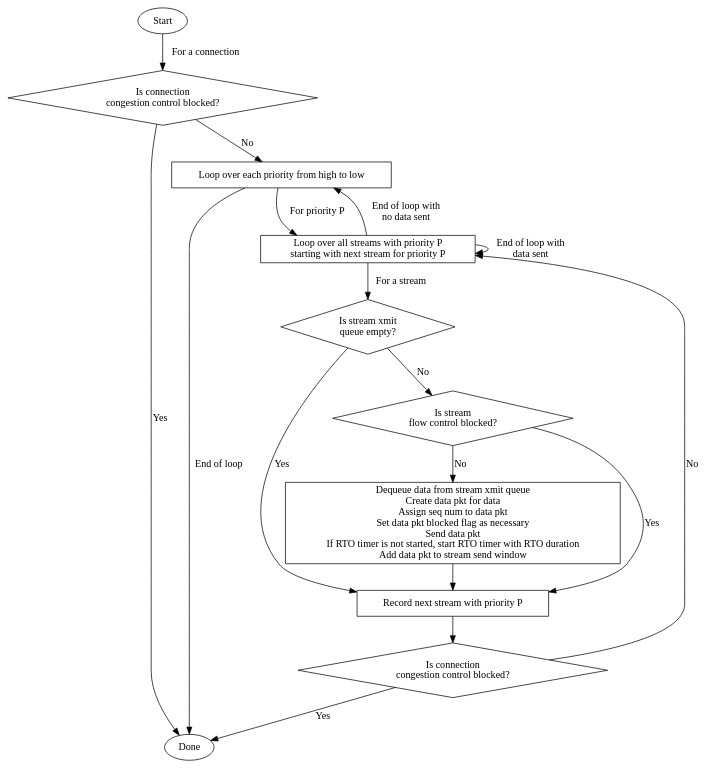
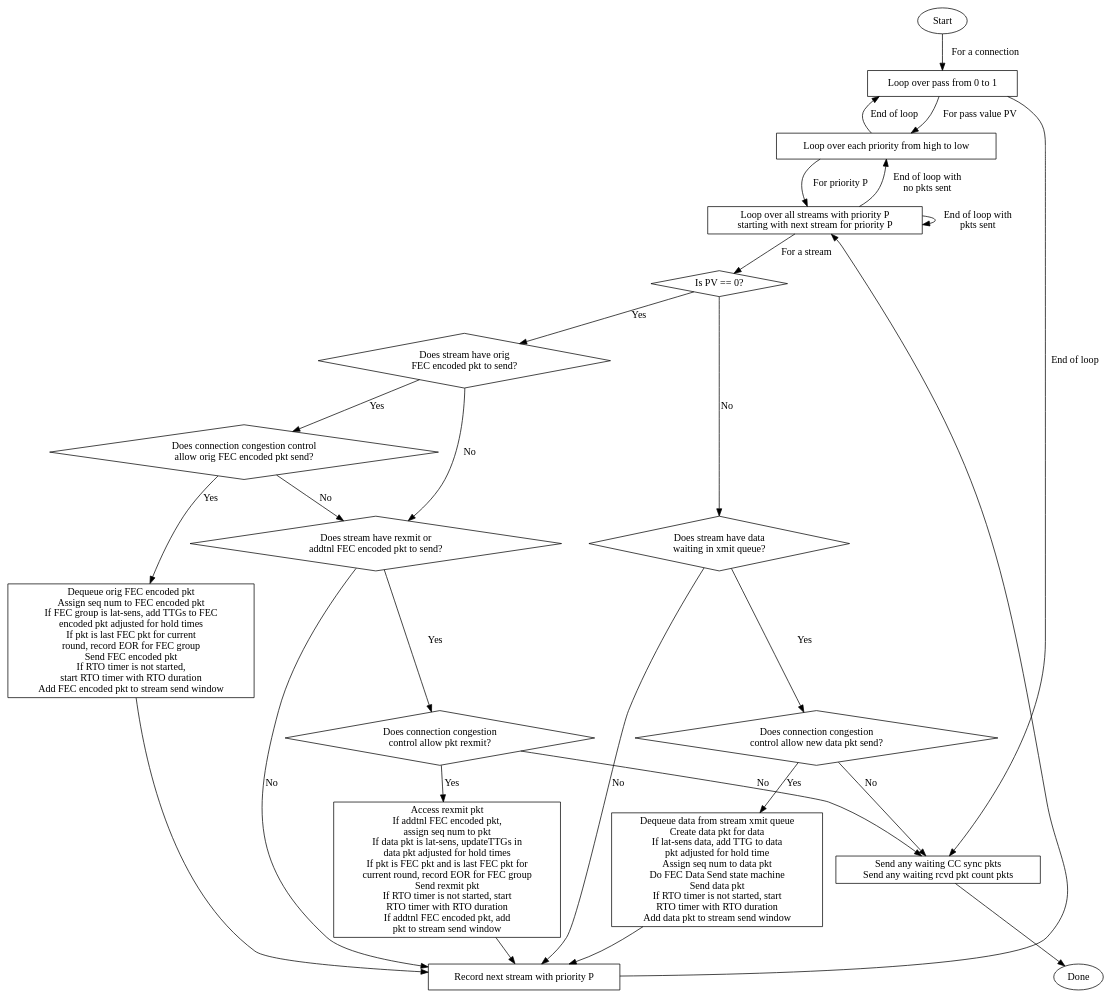
Before and after one commit to raytheonbbn/IRON: the diagram in iron/sliq/doc/sliq_data_can_send.dot, drawn with Graphviz. The commit also changed 199 other files, not shown here.

```diff
--- a/iron/sliq/doc/sliq_data_can_send.dot
+++ b/iron/sliq/doc/sliq_data_can_send.dot
@@ -1,37 +1,59 @@
 digraph sliq_data_can_send {
     strt [ shape = ellipse, label = "Start" ];
     done [ shape = ellipse, label = "Done" ];
-    blk1 [ shape = box,     label = "Loop over each priority from high to low" ];
-    blk2 [ shape = box,     label = "Loop over all streams with priority P\nstarting with next stream for priority P" ];
-    blk3 [ shape = box,     label = "Dequeue data from stream xmit queue\nCreate data pkt for data\nAssign seq num to data pkt\nSet data pkt blocked flag as necessary\nSend data pkt\nIf RTO timer is not started, start RTO timer with RTO duration\nAdd data pkt to stream send window" ];
-    blk4 [ shape = box,     label = "Record next stream with priority P" ];
-    dsc1 [ shape = diamond, label = "Is connection\ncongestion control blocked?" ];
-    dsc2 [ shape = diamond, label = "Is stream xmit\nqueue empty?" ];
-    dsc3 [ shape = diamond, label = "Is stream\nflow control blocked?" ];
-    dsc4 [ shape = diamond, label = "Is connection\ncongestion control blocked?" ];
+    blk1 [ shape = box,     label = "Loop over pass from 0 to 1" ];
+    blk2 [ shape = box,     label = "Loop over each priority from high to low" ];
+    blk3 [ shape = box,     label = "Loop over all streams with priority P\nstarting with next stream for priority P" ];
+    blk4 [ shape = box,     label = "Dequeue orig FEC encoded pkt\nAssign seq num to FEC encoded pkt\nIf FEC group is lat-sens, add TTGs to FEC\nencoded pkt adjusted for hold times\nIf pkt is last FEC pkt for current\nround, record EOR for FEC group\nSend FEC encoded pkt\nIf RTO timer is not started,\nstart RTO timer with RTO duration\nAdd FEC encoded pkt to stream send window" ];
+    blk5 [ shape = box,     label = "Access rexmit pkt\nIf addtnl FEC encoded pkt,\nassign seq num to pkt\nIf data pkt is lat-sens, updateTTGs in\ndata pkt adjusted for hold times\nIf pkt is FEC pkt and is last FEC pkt for\ncurrent round, record EOR for FEC group\nSend rexmit pkt\nIf RTO timer is not started, start\nRTO timer with RTO duration\nIf addtnl FEC encoded pkt, add\npkt to stream send window" ];
+    blk6 [ shape = box,     label = "Dequeue data from stream xmit queue\nCreate data pkt for data\nIf lat-sens data, add TTG to data\npkt adjusted for hold time\nAssign seq num to data pkt\nDo FEC Data Send state machine\nSend data pkt\nIf RTO timer is not started, start\nRTO timer with RTO duration\nAdd data pkt to stream send window" ];
+    blk7 [ shape = box,     label = "Record next stream with priority P" ];
+    blk8 [ shape = box,     label = "Send any waiting CC sync pkts\nSend any waiting rcvd pkt count pkts" ];
+    dsc1 [ shape = diamond, label = "Is PV == 0?" ];
+    dsc2 [ shape = diamond, label = "Does stream have orig\nFEC encoded pkt to send?" ];
+    dsc3 [ shape = diamond, label = "Does connection congestion control\nallow orig FEC encoded pkt send?" ];
+    dsc4 [ shape = diamond, label = "Does stream have rexmit or\n addtnl FEC encoded pkt to send?" ];
+    dsc5 [ shape = diamond, label = "Does connection congestion\ncontrol allow pkt rexmit?" ];
+    dsc6 [ shape = diamond, label = "Does stream have data\nwaiting in xmit queue?" ];
+    dsc7 [ shape = diamond, label = "Does connection congestion\ncontrol allow new data pkt send?" ];
 
-    strt -> dsc1 [ label = "For a connection" ];
+    strt -> blk1 [ label = "For a connection" ];
 
-    dsc1 -> done [ label = "Yes" ];
-    dsc1 -> blk1 [ label = "No" ];
+    blk1 -> blk2 [ label = "For pass value PV" ];
+    blk1 -> blk8 [ label = "End of loop" ];
 
-    blk1 -> blk2 [ label = "For priority P" ];
-    blk1 -> done [ label = "End of loop" ];
+    blk2 -> blk3 [ label = "For priority P" ];
+    blk2 -> blk1 [ label = "End of loop" ];
 
-    blk2 -> dsc2 [ label = "For a stream" ];
-    blk2 -> blk1 [ label = "End of loop with\nno data sent" ];
-    blk2 -> blk2 [ label = "End of loop with\ndata sent" ];
+    blk3 -> dsc1 [ label = "For a stream" ];
+    blk3 -> blk2 [ label = "End of loop with\nno pkts sent" ];
+    blk3 -> blk3 [ label = "End of loop with\npkts sent" ];
 
-    dsc2 -> dsc3 [ label = "No" ];
-    dsc2 -> blk4 [ label = "Yes" ];
+    dsc1 -> dsc2 [ label = "Yes" ];
+    dsc1 -> dsc6 [ label = "No" ];
 
-    dsc3 -> blk3 [ label = "No" ];
+    dsc2 -> dsc3 [ label = "Yes" ];
+    dsc2 -> dsc4 [ label = "No" ];
+
     dsc3 -> blk4 [ label = "Yes" ];
+    dsc3 -> dsc4 [ label = "No" ];
 
-    blk3 -> blk4;
+    dsc4 -> dsc5 [ label = "Yes" ];
+    dsc4 -> blk7 [ label = "No" ];
 
-    blk4 -> dsc4;
+    dsc5 -> blk5 [ label = "Yes" ];
+    dsc5 -> blk8 [ label = "No" ];
 
-    dsc4 -> blk2 [ label = "No" ];
-    dsc4 -> done [ label = "Yes" ];
+    dsc6 -> dsc7 [ label = "Yes" ];
+    dsc6 -> blk7 [ label = "No" ];
+
+    dsc7 -> blk6 [ label = "Yes" ];
+    dsc7 -> blk8 [ label = "No" ];
+
+    blk4 -> blk7;
+    blk5 -> blk7;
+    blk6 -> blk7;
+    blk7 -> blk3;
+
+    blk8 -> done;
 }
```
